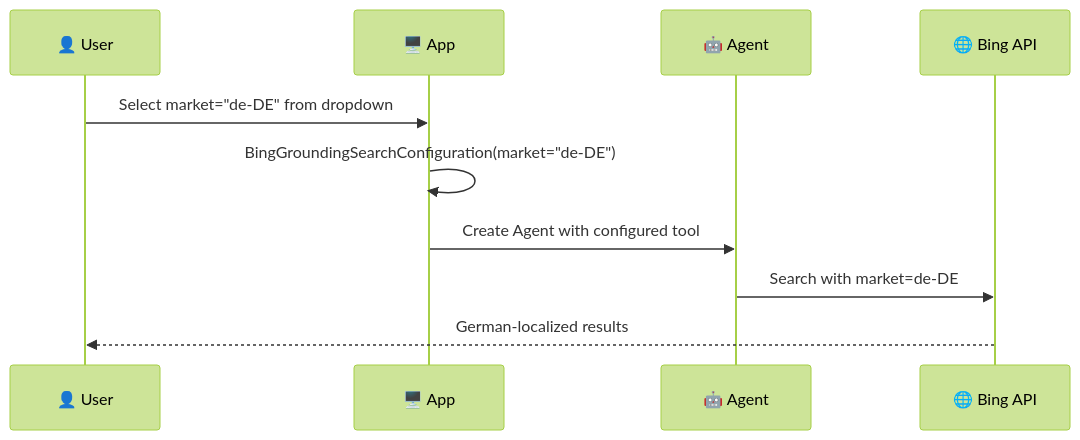
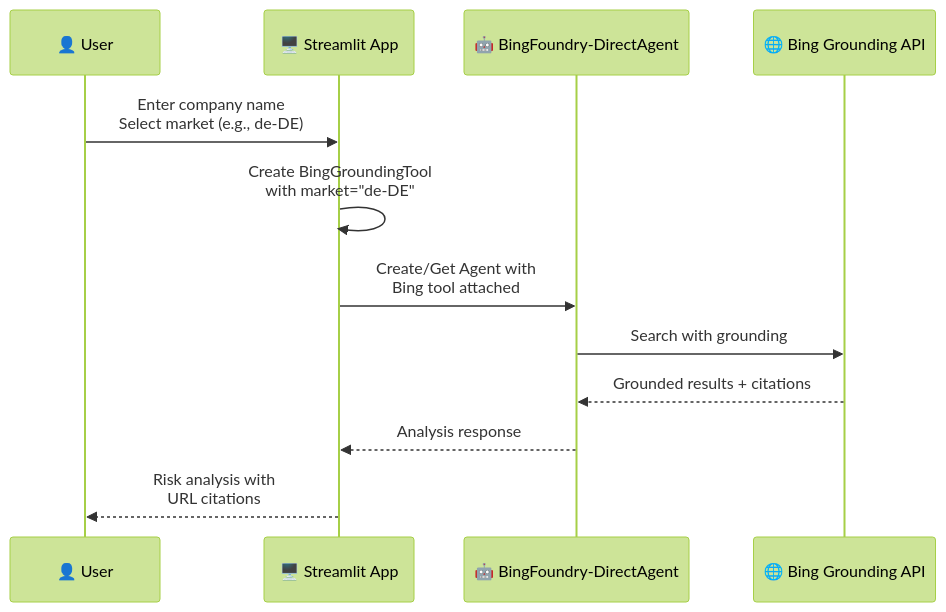
One commit to san360/bing-foundry changed the first of 6 diagrams in README.md. Above: the diagram before and after it, drawn with Mermaid (forest theme). The commit also changed other lines of this file and 11 other files, not shown here.

````diff
--- a/README.md
+++ b/README.md
@@ -21,13 +25,15 @@
 ```mermaid
 sequenceDiagram
     participant U as 👤 User
-    participant App as 🖥️ App
-    participant Agent as 🤖 Agent
-    participant Bing as 🌐 Bing API
+    participant App as 🖥️ Streamlit App
+    participant Agent as 🤖 BingFoundry-DirectAgent
+    participant Bing as 🌐 Bing Grounding API
     
-    U->>App: Select market="de-DE" from dropdown
-    App->>App: BingGroundingSearchConfiguration(market="de-DE")
-    App->>Agent: Create Agent with configured tool
-    Agent->>Bing: Search with market=de-DE
-    Bing-->>U: German-localized results
+    U->>App: Enter company name<br/>Select market (e.g., de-DE)
+    App->>App: Create BingGroundingTool<br/>with market="de-DE"
+    App->>Agent: Create/Get Agent with<br/>Bing tool attached
+    Agent->>Bing: Search with grounding
+    Bing-->>Agent: Grounded results + citations
+    Agent-->>App: Analysis response
+    App-->>U: Risk analysis with<br/>URL citations
 ```
````
